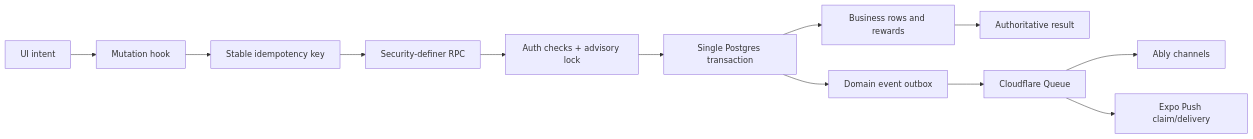
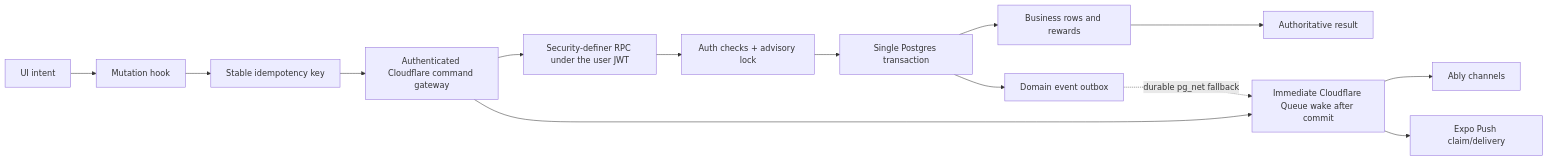
Before and after one commit to faheygs/doji: the fourth of 4 diagrams in DOJI_CONTEXT.md, drawn with Mermaid. The commit also changed other lines of this file and 34 other files, not shown here.

````diff
--- a/DOJI_CONTEXT.md
+++ b/DOJI_CONTEXT.md
@@ -311,14 +311,16 @@
 ```mermaid
 flowchart LR
   UI[UI intent] --> Hook[Mutation hook]
   Hook --> Key[Stable idempotency key]
-  Key --> RPC[Security-definer RPC]
+  Key --> Gateway[Authenticated Cloudflare command gateway]
+  Gateway --> RPC[Security-definer RPC under the user JWT]
   RPC --> Lock[Auth checks + advisory lock]
   Lock --> Tx[Single Postgres transaction]
   Tx --> Rows[Business rows and rewards]
   Tx --> Outbox[Domain event outbox]
   Rows --> Result[Authoritative result]
-  Outbox --> Queue[Cloudflare Queue]
+  Gateway --> Queue[Immediate Cloudflare Queue wake after commit]
+  Outbox -. durable pg_net fallback .-> Queue
   Queue --> Ably[Ably channels]
   Queue --> Push[Expo Push claim/delivery]
 ```
````
